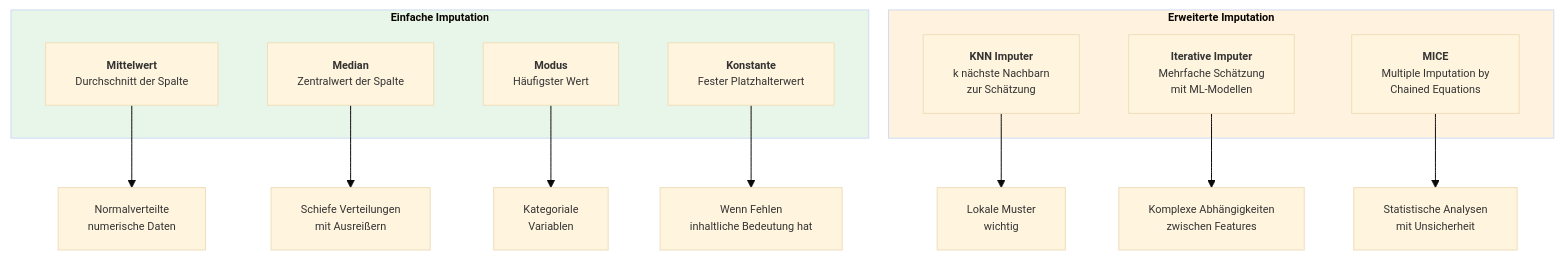
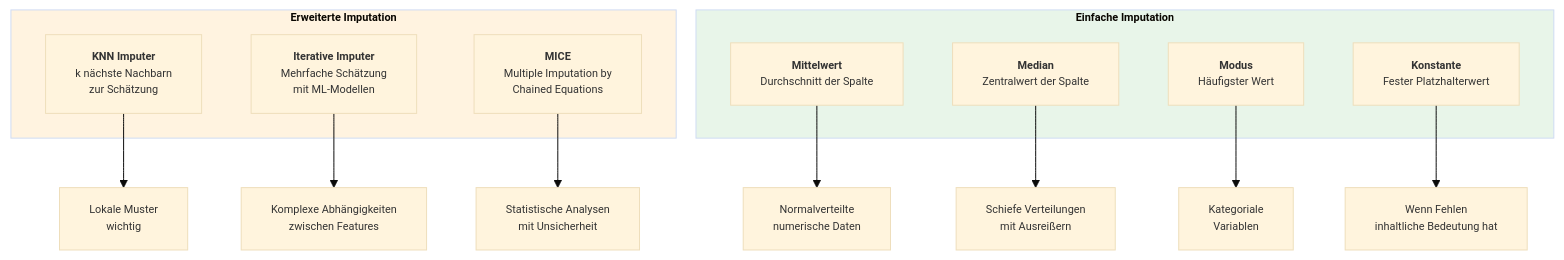
One commit to ralf-42/ML_Intro changed the third of 4 diagrams in docs/concepts/prepare/missing_values.md. Above: the diagram before and after it, drawn with Mermaid. The commit also changed other lines of this file, not shown here.

````diff
--- a/docs/concepts/prepare/missing_values.md
+++ b/docs/concepts/prepare/missing_values.md
@@ -100,28 +96,31 @@
 ```mermaid
 %%{init: {'theme': 'base', 'themeVariables': {'fontSize': '11px'}}}%%
 flowchart TB
+
+    subgraph advanced["<b>Erweiterte Imputation"]
+        knn["<b>KNN Imputer</b><br/>k nächste Nachbarn<br/>zur Schätzung"]
+        iterative["<b>Iterative Imputer</b><br/>Mehrfache Schätzung<br/>mit ML-Modellen"]
+        mice["<b>MICE</b><br/>Multiple Imputation by<br/>Chained Equations"]
+    end
+    
     subgraph simple["<b>Einfache Imputation"]
         mean["<b>Mittelwert</b><br/>Durchschnitt der Spalte"]
         median["<b>Median</b><br/>Zentralwert der Spalte"]
         mode["<b>Modus</b><br/>Häufigster Wert"]
         constant["<b>Konstante</b><br/>Fester Platzhalterwert"]
     end
     
-    subgraph advanced["<b>Erweiterte Imputation"]
-        knn["<b>KNN Imputer</b><br/>k nächste Nachbarn<br/>zur Schätzung"]
-        iterative["<b>Iterative Imputer</b><br/>Mehrfache Schätzung<br/>mit ML-Modellen"]
-        mice["<b>MICE</b><br/>Multiple Imputation by<br/>Chained Equations"]
-    end
+
     
     mean --> mean_use["Normalverteilte<br/>numerische Daten"]
     median --> median_use["Schiefe Verteilungen<br/>mit Ausreißern"]
     mode --> mode_use["Kategoriale<br/>Variablen"]
     constant --> constant_use["Wenn Fehlen<br/>inhaltliche Bedeutung hat"]
     
     knn --> knn_use["Lokale Muster<br/>wichtig"]
     iterative --> iterative_use["Komplexe Abhängigkeiten<br/>zwischen Features"]
     mice --> mice_use["Statistische Analysen<br/>mit Unsicherheit"]
 
     style simple fill:#e8f5e9
     style advanced fill:#fff3e0
 ```
````
